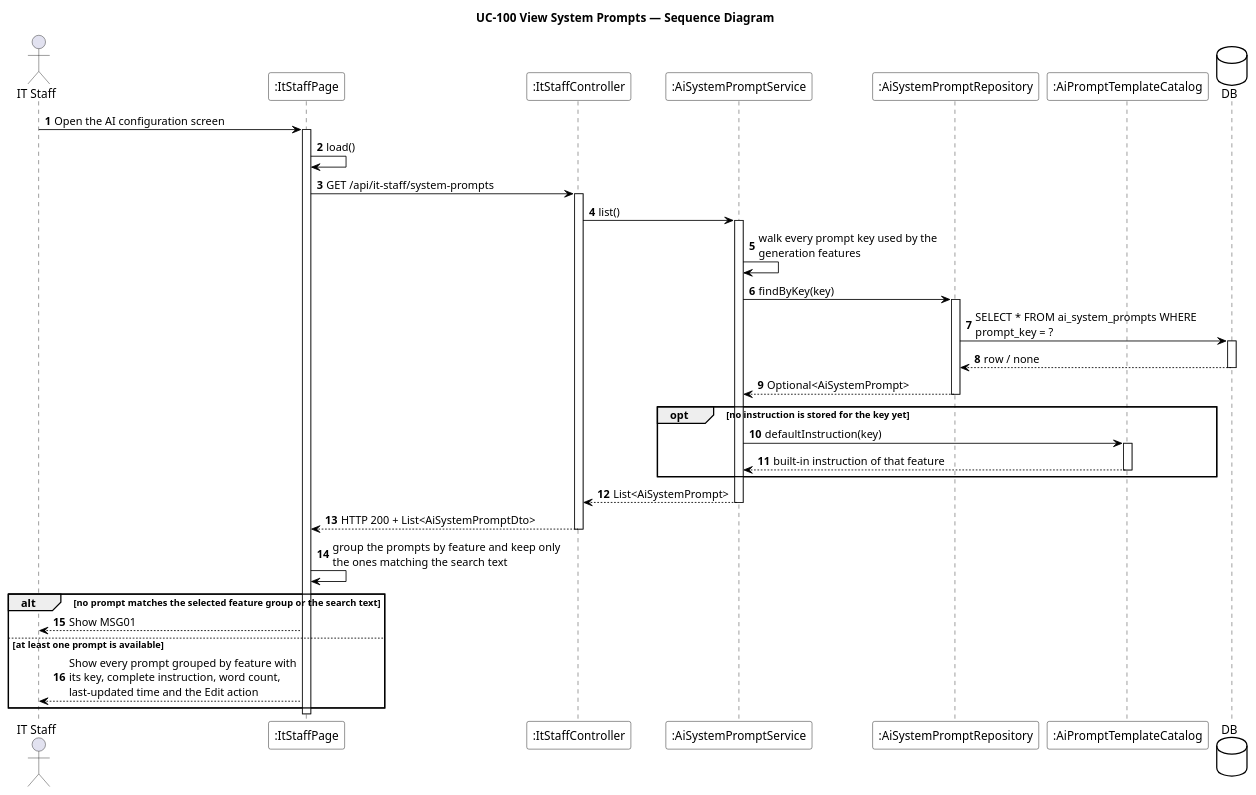
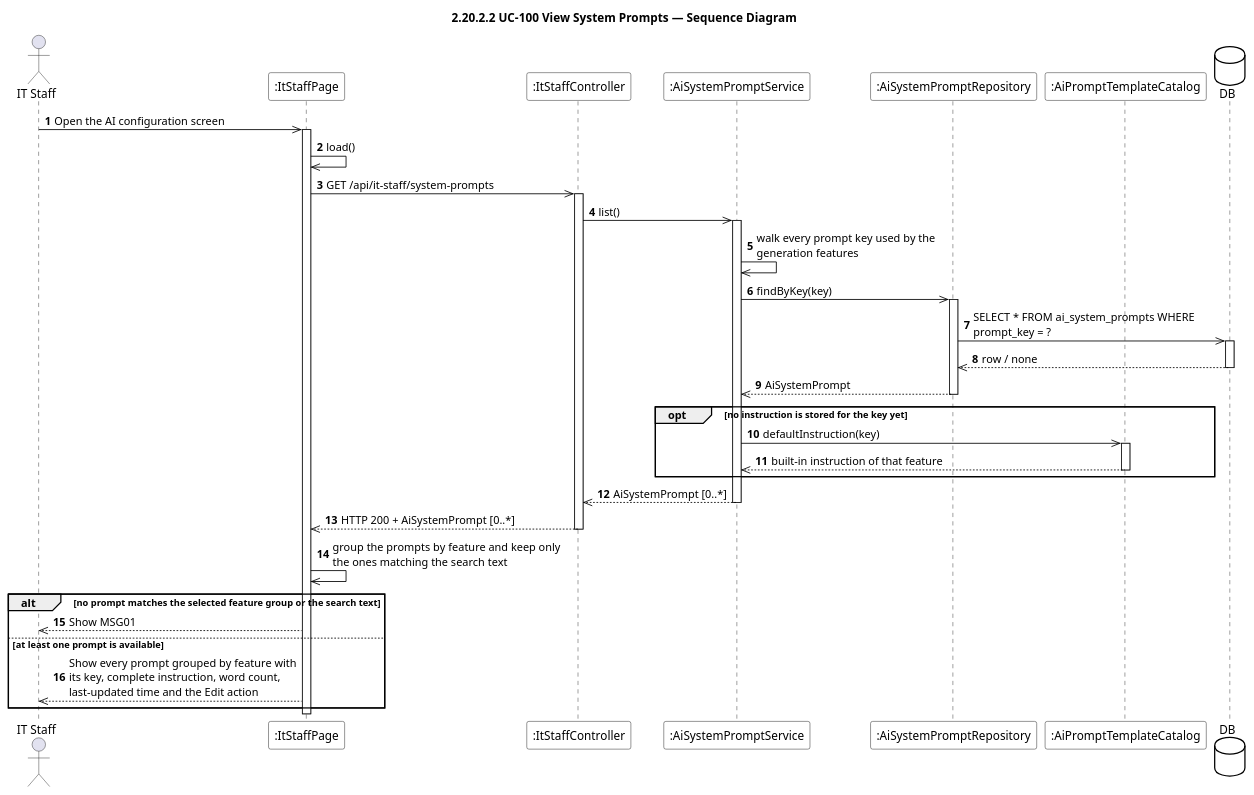
The diagram in designs/sds-diagrams/uc100/uc100_sequence.puml (EduA-system/EduA-system), drawn with PlantUML before and after one commit. The commit also changed 585 other files, not shown here.

Commit message:
hình sequence diagram mới

```diff
--- a/designs/sds-diagrams/uc100/uc100_sequence.puml
+++ b/designs/sds-diagrams/uc100/uc100_sequence.puml
@@ -1,58 +1,58 @@
 @startuml UC-100 View System Prompts - Sequence Diagram
 skinparam defaultFontName "Segoe UI"
 skinparam shadowing false
 skinparam ParticipantBackgroundColor #FFFFFF
 skinparam ParticipantBorderColor #000000
 skinparam DatabaseBackgroundColor #FFFFFF
 skinparam DatabaseBorderColor #000000
 skinparam ArrowColor #000000
 skinparam sequenceMessageAlign left
 skinparam maxMessageSize 280
-title UC-100 View System Prompts — Sequence Diagram
+title 2.20.2.2 UC-100 View System Prompts — Sequence Diagram
 
 actor "IT Staff" as STAFF
 participant ":ItStaffPage" as UI
 participant ":ItStaffController" as CTL
 participant ":AiSystemPromptService" as SVC
 participant ":AiSystemPromptRepository" as REPO
 participant ":AiPromptTemplateCatalog" as CATALOG
 database DB
 
 autonumber
-STAFF -> UI : Open the AI configuration screen
+STAFF ->> UI : Open the AI configuration screen
 activate UI
-UI -> UI : load()
-UI -> CTL : GET /api/it-staff/system-prompts
+UI ->> UI : load()
+UI ->> CTL : GET /api/it-staff/system-prompts
 activate CTL
-CTL -> SVC : list()
+CTL ->> SVC : list()
 activate SVC
-SVC -> SVC : walk every prompt key used by the generation features
-SVC -> REPO : findByKey(key)
+SVC ->> SVC : walk every prompt key used by the generation features
+SVC ->> REPO : findByKey(key)
 activate REPO
-REPO -> DB : SELECT * FROM ai_system_prompts WHERE prompt_key = ?
+REPO ->> DB : SELECT * FROM ai_system_prompts WHERE prompt_key = ?
 activate DB
-DB --> REPO : row / none
+DB -->> REPO : row / none
 deactivate DB
-REPO --> SVC : Optional<AiSystemPrompt>
+REPO -->> SVC : AiSystemPrompt
 deactivate REPO
 
 opt no instruction is stored for the key yet
-  SVC -> CATALOG : defaultInstruction(key)
+  SVC ->> CATALOG : defaultInstruction(key)
   activate CATALOG
-  CATALOG --> SVC : built-in instruction of that feature
+  CATALOG -->> SVC : built-in instruction of that feature
   deactivate CATALOG
 end
 
-SVC --> CTL : List<AiSystemPrompt>
+SVC -->> CTL : AiSystemPrompt [0..*]
 deactivate SVC
-CTL --> UI : HTTP 200 + List<AiSystemPromptDto>
+CTL -->> UI : HTTP 200 + AiSystemPrompt [0..*]
 deactivate CTL
-UI -> UI : group the prompts by feature and keep only the ones matching the search text
+UI ->> UI : group the prompts by feature and keep only the ones matching the search text
 
 alt no prompt matches the selected feature group or the search text
-  UI --> STAFF : Show MSG01
+  UI -->> STAFF : Show MSG01
 else at least one prompt is available
-  UI --> STAFF : Show every prompt grouped by feature with its key, complete instruction, word count, last-updated time and the Edit action
+  UI -->> STAFF : Show every prompt grouped by feature with its key, complete instruction, word count, last-updated time and the Edit action
 end
 deactivate UI
 @enduml
```
